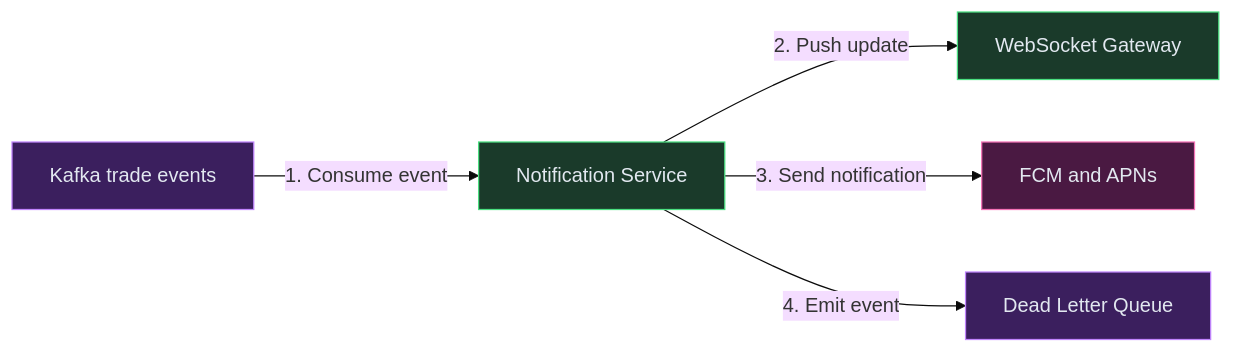
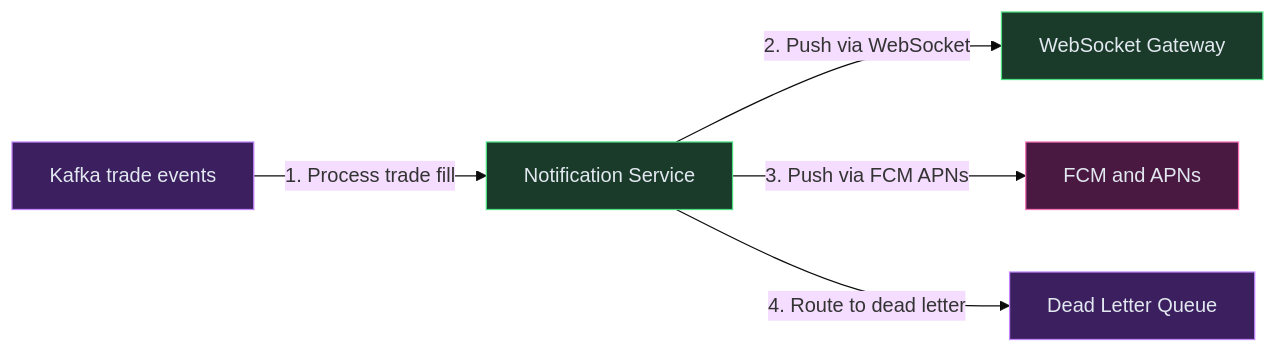
Before and after one commit to iluzn/HLD-Designs: the fourth of 9 diagrams in content/hld/StockBroker.md, drawn with Mermaid (base theme). The commit also changed other lines of this file and 27 other files, not shown here.

````diff
--- a/content/hld/StockBroker.md
+++ b/content/hld/StockBroker.md
@@ -304,17 +304,17 @@
 ```mermaid
 flowchart LR
     KF["Kafka trade events"]:::async
     NS["Notification Service"]:::service
     WS["WebSocket Gateway"]:::service
     FCM["FCM and APNs"]:::external
     DLQ["Dead Letter Queue"]:::async
 
-    KF -->|"1. Consume event"| NS
-    NS -->|"2. Push update"| WS
-    NS -->|"3. Send notification"| FCM
-    NS -->|"4. Emit event"| DLQ
+    KF -->|"1. Process trade fill"| NS
+    NS -->|"2. Push via WebSocket"| WS
+    NS -->|"3. Push via FCM APNs"| FCM
+    NS -->|"4. Route to dead letter"| DLQ
 
     classDef service fill:#1a3a2a,stroke:#4ade80,color:#e2e8f0
     classDef async fill:#3b1f5e,stroke:#c084fc,color:#e2e8f0
     classDef external fill:#4a1942,stroke:#f472b6,color:#e2e8f0
 ```
````
